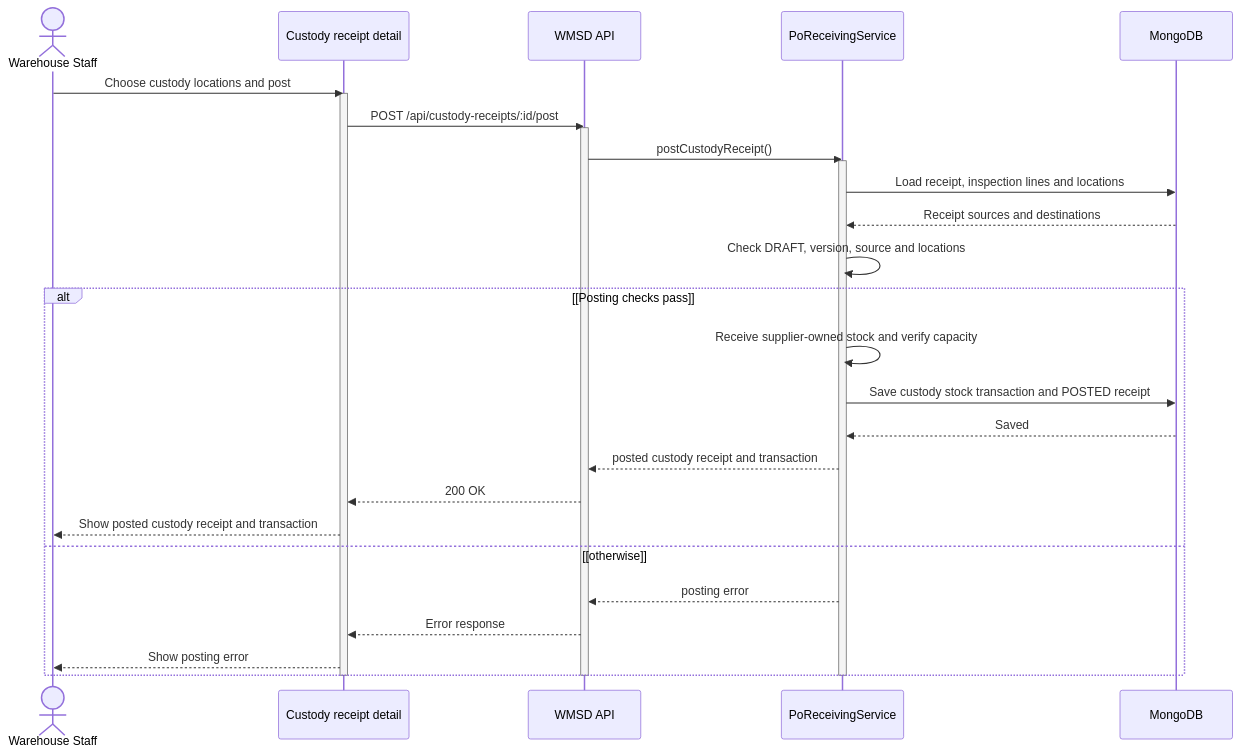
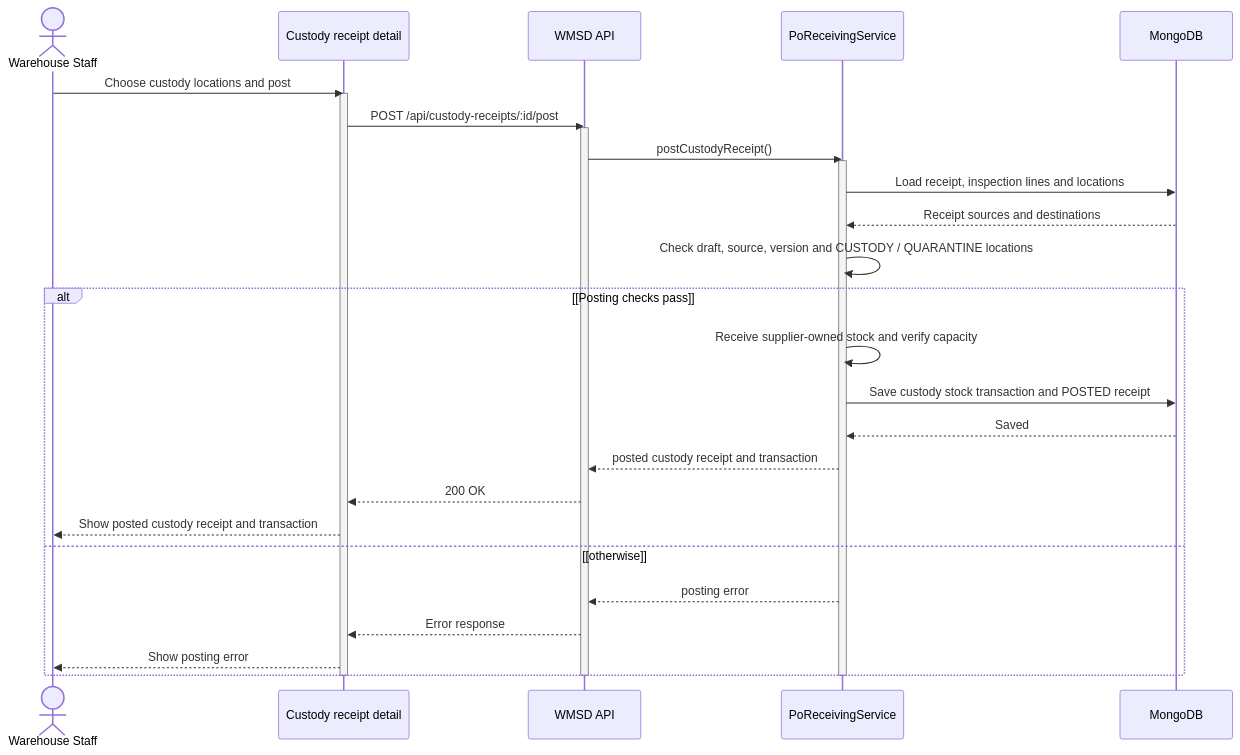
Before and after one commit to bupbalabup/wmsd_be: diagram 27 of 46 in git_doc/docs/01_bao_cao/WMSD_Report4_Draft.md, drawn with Mermaid. The commit also changed other lines of this file and 32 other files, not shown here.

````diff
--- a/git_doc/docs/01_bao_cao/WMSD_Report4_Draft.md
+++ b/git_doc/docs/01_bao_cao/WMSD_Report4_Draft.md
@@ -1459,32 +1837,32 @@
 ```mermaid
 sequenceDiagram
   actor X as Warehouse Staff
   participant U as Custody receipt detail
   participant A as WMSD API
   participant S as PoReceivingService
   participant D as MongoDB
   X->>U: Choose custody locations and post
   activate U
   U->>A: POST /api/custody-receipts/:id/post
   activate A
   A->>S: postCustodyReceipt()
   activate S
   S->>D: Load receipt, inspection lines and locations
   D-->>S: Receipt sources and destinations
-  S->>S: Check DRAFT, version, source and locations
+  S->>S: Check draft, source, version and CUSTODY / QUARANTINE locations
   alt [Posting checks pass]
     S->>S: Receive supplier-owned stock and verify capacity
     S->>D: Save custody stock transaction and POSTED receipt
     D-->>S: Saved
     S-->>A: posted custody receipt and transaction
     A-->>U: 200 OK
     U-->>X: Show posted custody receipt and transaction
   else [otherwise]
     S-->>A: posting error
     A-->>U: Error response
     U-->>X: Show posting error
   end
   deactivate S
   deactivate A
   deactivate U
 ```
````
